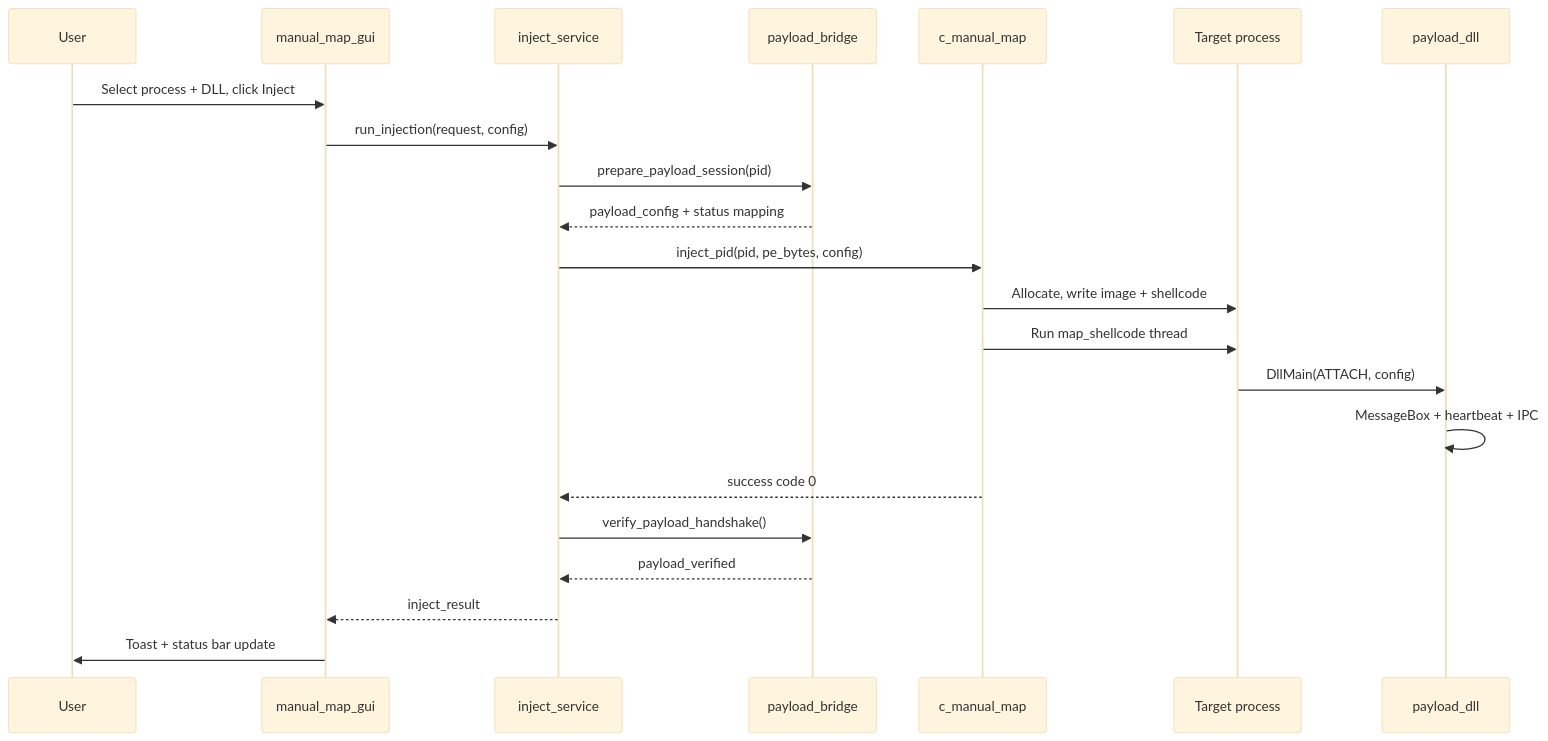
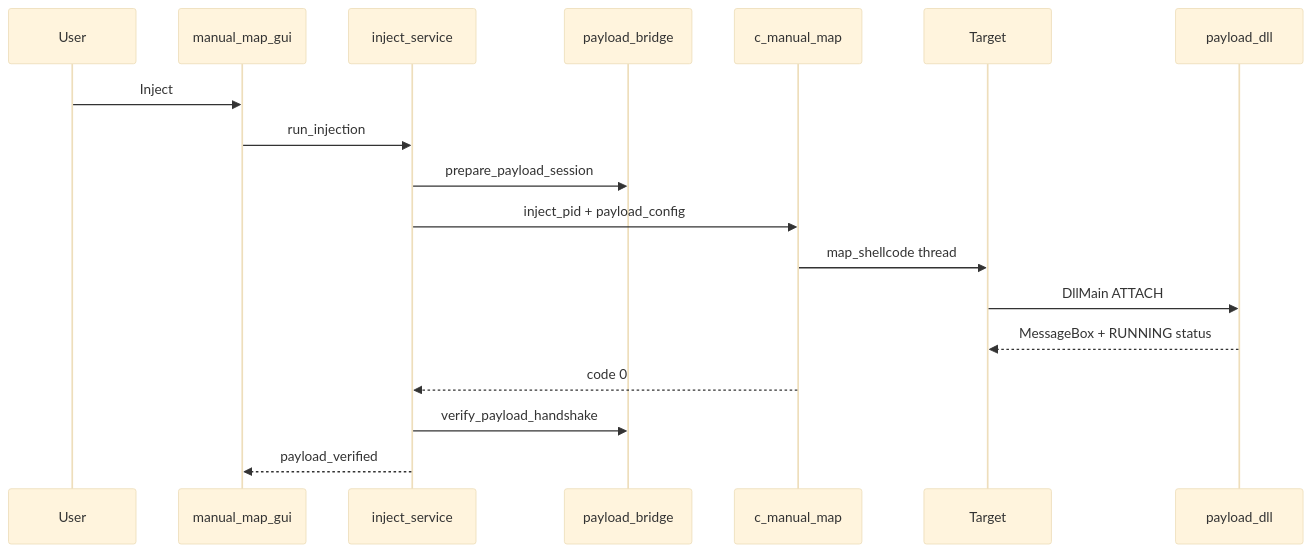
One commit to LucasZhang3/ManualMapper changed the third of 3 diagrams in README.md. Above: the diagram before and after it, drawn with Mermaid (base theme). The commit also changed other lines of this file and 19 other files, not shown here.

````diff
--- a/README.md
+++ b/README.md
@@ -177,25 +171,21 @@
 ```mermaid
 sequenceDiagram
-    participant User
-    participant GUI as manual_map_gui
-    participant IS as inject_service
-    participant PB as payload_bridge
-    participant MM as c_manual_map
-    participant Target as Target process
-    participant PL as payload_dll
+    participant U as User
+    participant G as manual_map_gui
+    participant I as inject_service
+    participant P as payload_bridge
+    participant M as c_manual_map
+    participant T as Target
+    participant D as payload_dll
 
-    User->>GUI: Select process + DLL, click Inject
-    GUI->>IS: run_injection(request, config)
-    IS->>PB: prepare_payload_session(pid)
-    PB-->>IS: payload_config + status mapping
-    IS->>MM: inject_pid(pid, pe_bytes, config)
-    MM->>Target: Allocate, write image + shellcode
-    MM->>Target: Run map_shellcode thread
-    Target->>PL: DllMain(ATTACH, config)
-    PL->>PL: MessageBox + heartbeat + IPC
-    MM-->>IS: success code 0
-    IS->>PB: verify_payload_handshake()
-    PB-->>IS: payload_verified
-    IS-->>GUI: inject_result
-    GUI->>User: Toast + status bar update
+    U->>G: Inject
+    G->>I: run_injection
+    I->>P: prepare_payload_session
+    I->>M: inject_pid + payload_config
+    M->>T: map_shellcode thread
+    T->>D: DllMain ATTACH
+    D-->>T: MessageBox + RUNNING status
+    M-->>I: code 0
+    I->>P: verify_payload_handshake
+    I-->>G: payload_verified
 ```
````
